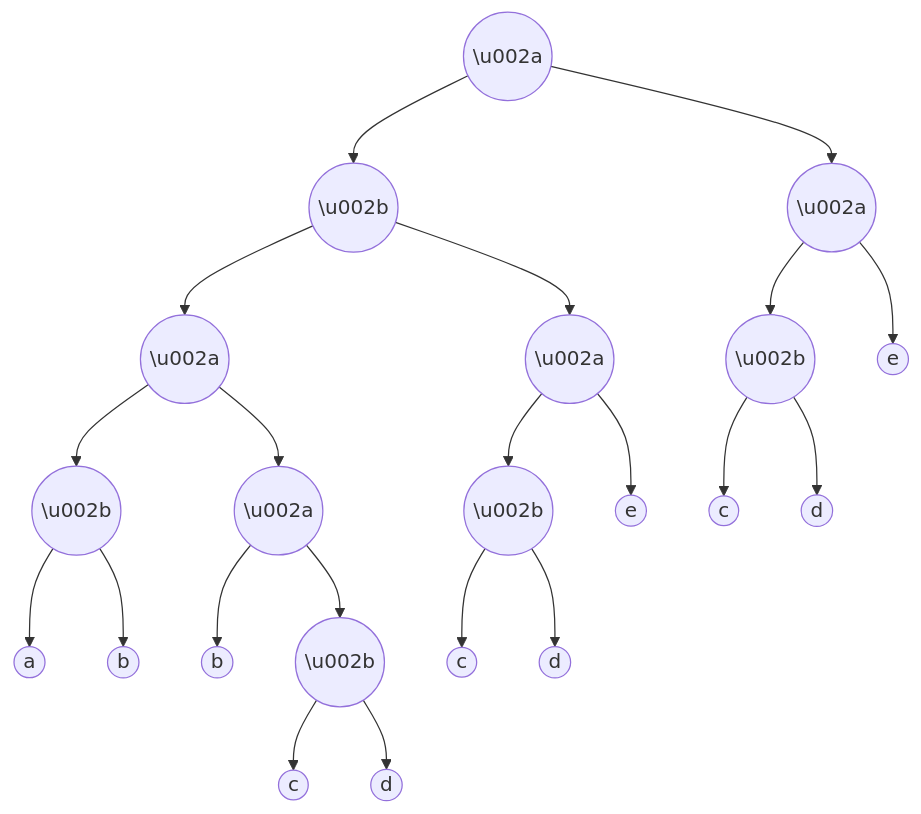
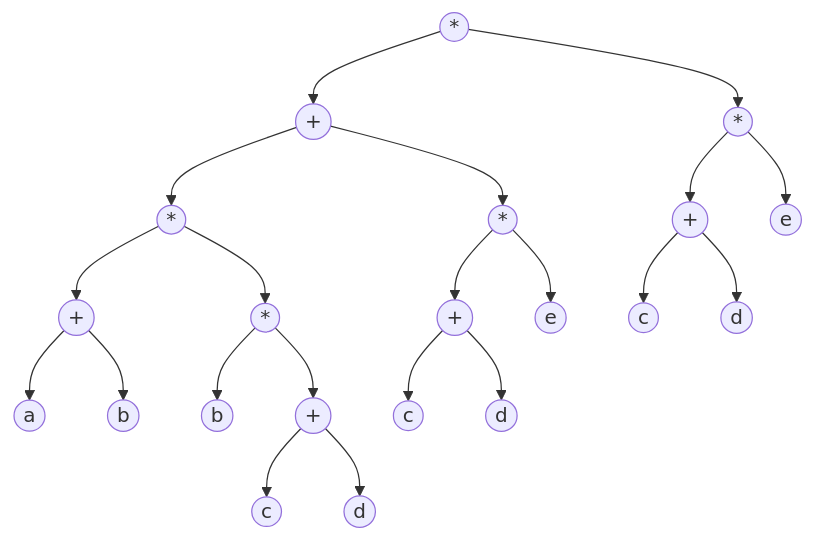
The first of 3 diagrams in 6.Graph/4图的应用.md (Tippye/cs408), drawn with Mermaid before and after one commit. The commit also changed other lines of this file and 177 other files, not shown here.

Commit message:
调整部分页面显示，增加html版本预览，图片存放到仓库

````diff
--- a/6.Graph/4图的应用.md
+++ b/6.Graph/4图的应用.md
@@ -116,15 +116,15 @@
 ```mermaid
    graph TB
  
-   M1((\u002a)) --> P1((\u002b)) & M2((\u002a))
-   P1 --> M3((\u002a)) & M4((\u002a))
-   M2 --> P2((\u002b)) & E1((e))
+   M1((*)) --> P1((+)) & M2((*))
+   P1 --> M3((*)) & M4((*))
+   M2 --> P2((+)) & E1((e))
    P2 --> C1((c)) & D1((d))
-   M3 --> P3((\u002b)) & M5((\u002a))
+   M3 --> P3((+)) & M5((*))
    P3 --> A1((a)) & B1((b))
-   M5 --> B2((b)) & P4((\u002b))
+   M5 --> B2((b)) & P4((+))
    P4 --> C2((c)) & D2((d))
-   M4 --> P5((\u002b)) & E2((e))
+   M4 --> P5((+)) & E2((e))
    P5 --> C3((c)) & D3((d))
 
 ```
````
